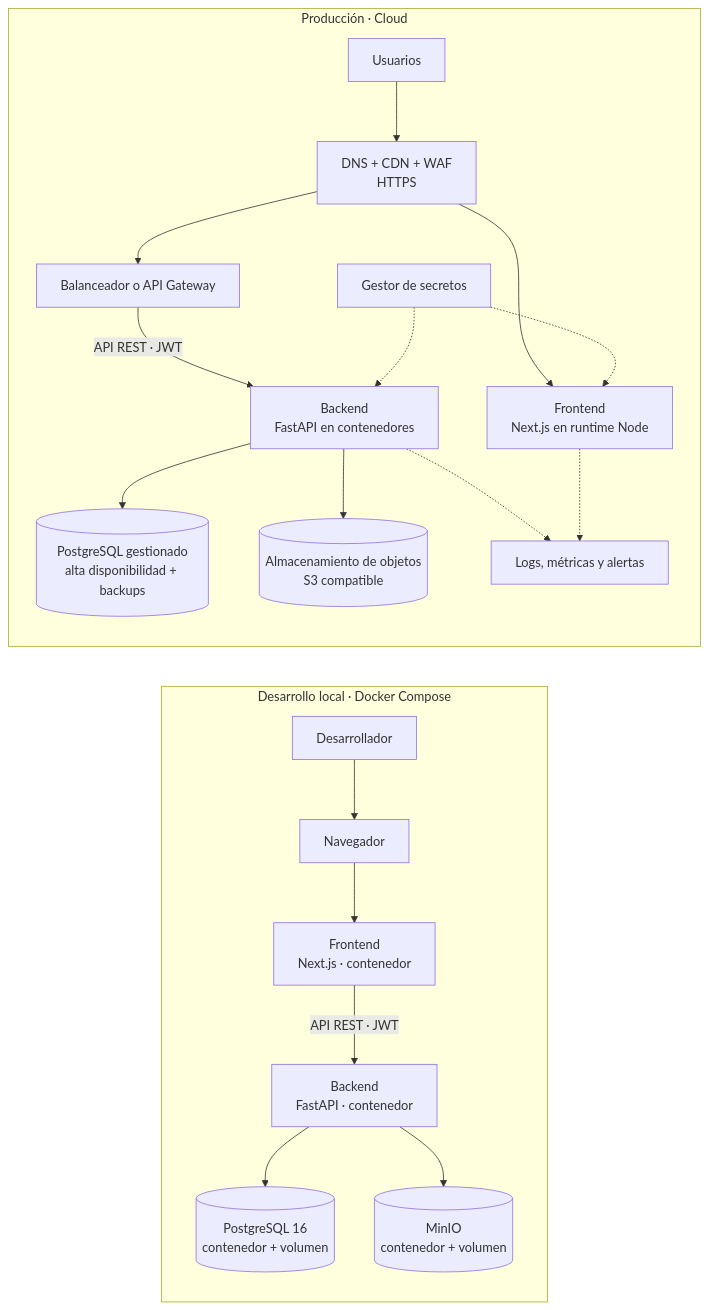
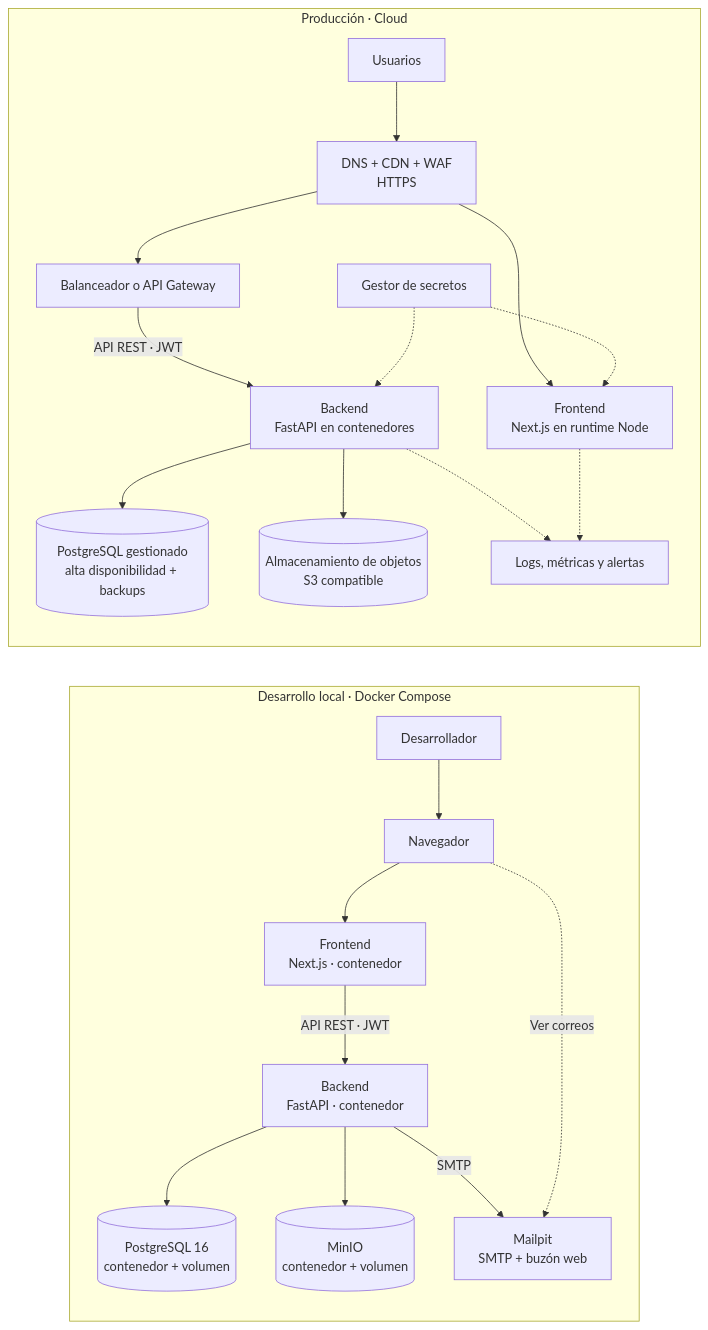
One commit to serfer2/entrevecinos changed the second of 3 diagrams in readme.md. Above: the diagram before and after it, drawn with Mermaid. The commit also changed other lines of this file and 8 other files, not shown here.

````diff
--- a/readme.md
+++ b/readme.md
@@ -355,42 +364,45 @@
 ```mermaid
 flowchart LR
     subgraph LOCAL["Desarrollo local · Docker Compose"]
         DEV["Desarrollador"]
         BROWSER_LOCAL["Navegador"]
 
         WEB_LOCAL["Frontend<br/>Next.js · contenedor"]
         API_LOCAL["Backend<br/>FastAPI · contenedor"]
         DB_LOCAL[("PostgreSQL 16<br/>contenedor + volumen")]
         IMG_LOCAL[("MinIO<br/>contenedor + volumen")]
+        MAIL_LOCAL["Mailpit<br/>SMTP + buzón web"]
 
         DEV --> BROWSER_LOCAL
         BROWSER_LOCAL --> WEB_LOCAL
         WEB_LOCAL -->|"API REST · JWT"| API_LOCAL
         API_LOCAL --> DB_LOCAL
         API_LOCAL --> IMG_LOCAL
+        API_LOCAL -->|"SMTP"| MAIL_LOCAL
+        BROWSER_LOCAL -.->|"Ver correos"| MAIL_LOCAL
     end
 
     subgraph CLOUD["Producción · Cloud"]
         USER["Usuarios"]
         CDN["DNS + CDN + WAF<br/>HTTPS"]
 
         WEB_CLOUD["Frontend<br/>Next.js en runtime Node"]
         LB["Balanceador o API Gateway"]
         API_CLOUD["Backend<br/>FastAPI en contenedores"]
         DB_CLOUD[("PostgreSQL gestionado<br/>alta disponibilidad + backups")]
         IMG_CLOUD[("Almacenamiento de objetos<br/>S3 compatible")]
         SECRETS["Gestor de secretos"]
         OBS["Logs, métricas y alertas"]
 
         USER --> CDN
         CDN --> WEB_CLOUD
         CDN --> LB
         LB -->|"API REST · JWT"| API_CLOUD
         API_CLOUD --> DB_CLOUD
         API_CLOUD --> IMG_CLOUD
         SECRETS -.-> WEB_CLOUD
         SECRETS -.-> API_CLOUD
         API_CLOUD -.-> OBS
         WEB_CLOUD -.-> OBS
     end
 ```
````
